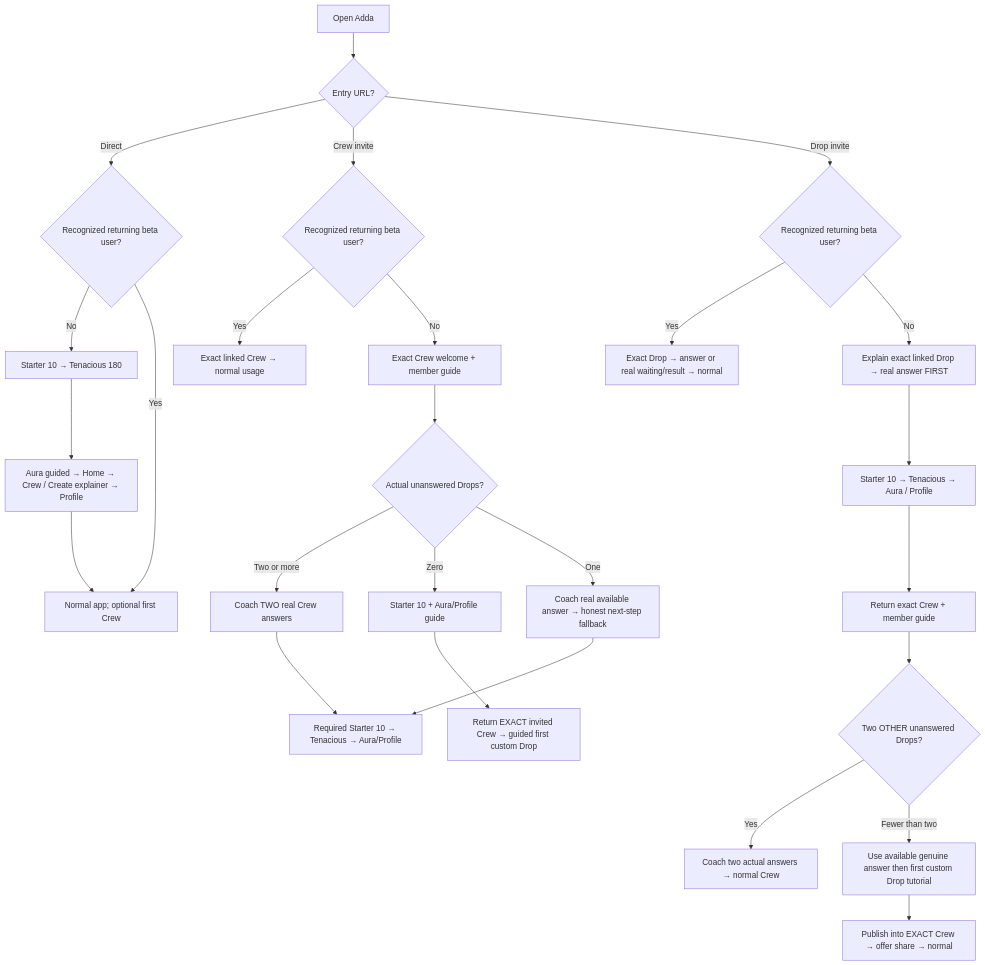
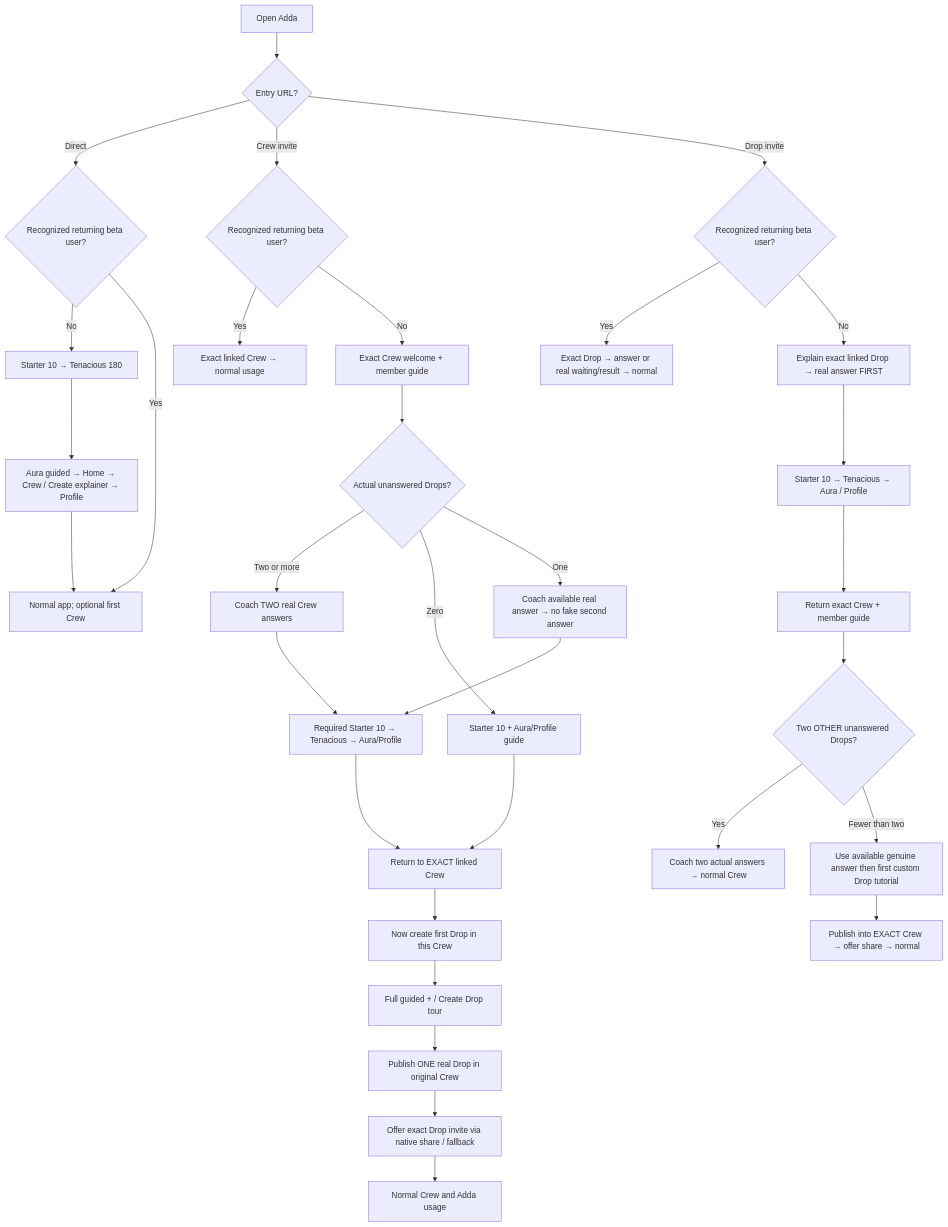
The first of 4 diagrams in docs/CREW_ONBOARDING_FLOWCHARTS_V073.md (VijyantJain/project-adda-beta), drawn with Mermaid before and after one commit. The commit also changed other lines of this file and 5 other files, not shown here.

Commit message:
Require first custom Drop after Crew-link visitor completes Aura and Profile

```diff
--- a/docs/CREW_ONBOARDING_FLOWCHARTS_V073.md
+++ b/docs/CREW_ONBOARDING_FLOWCHARTS_V073.md
@@ -6,28 +6,34 @@
 ~~~mermaid
 flowchart TD
  A[Open Adda] --> B{Entry URL?}
  B -->|Direct| C{Recognized returning beta user?}
  C -->|No| D[Starter 10 → Tenacious 180]
  D --> E[Aura guided → Home → Crew / Create explainer → Profile]
  E --> F[Normal app; optional first Crew]
  C -->|Yes| F
  B -->|Crew invite| G{Recognized returning beta user?}
  G -->|Yes| H[Exact linked Crew → normal usage]
  G -->|No| I[Exact Crew welcome + member guide]
  I --> J{Actual unanswered Drops?}
  J -->|Two or more| K[Coach TWO real Crew answers]
  K --> L[Required Starter 10 → Tenacious → Aura/Profile]
+ L --> N[Return to EXACT linked Crew]
  J -->|Zero| M[Starter 10 + Aura/Profile guide]
- M --> N[Return EXACT invited Crew → guided first custom Drop]
- J -->|One| O[Coach real available answer → honest next-step fallback]
+ M --> N
+ J -->|One| O[Coach available real answer → no fake second answer]
  O --> L
+ N --> NC[Now create first Drop in this Crew]
+ NC --> ND[Full guided + / Create Drop tour]
+ ND --> NE[Publish ONE real Drop in original Crew]
+ NE --> NF[Offer exact Drop invite via native share / fallback]
+ NF --> NG[Normal Crew and Adda usage]
  B -->|Drop invite| P{Recognized returning beta user?}
  P -->|Yes| Q[Exact Drop → answer or real waiting/result → normal]
  P -->|No| R[Explain exact linked Drop → real answer FIRST]
  R --> S[Starter 10 → Tenacious → Aura / Profile]
  S --> T[Return exact Crew + member guide]
  T --> U{Two OTHER unanswered Drops?}
  U -->|Yes| V[Coach two actual answers → normal Crew]
  U -->|Fewer than two| W[Use available genuine answer then first custom Drop tutorial]
  W --> X[Publish into EXACT Crew → offer share → normal]
 ~~~
```
